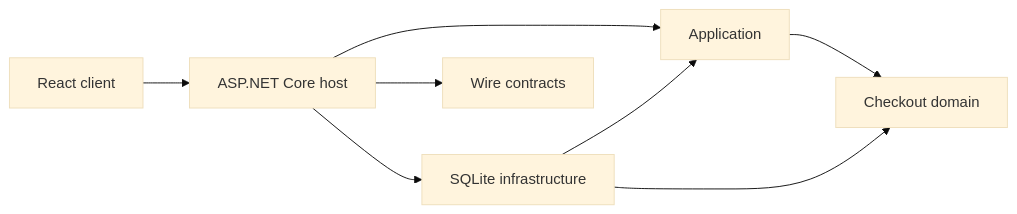
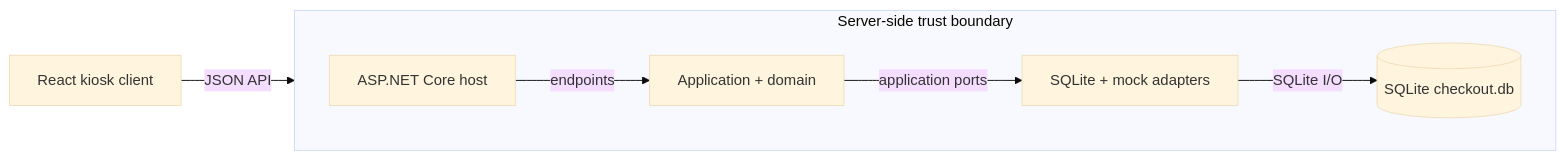
Before and after one commit to FirasAyari/self-service-checkout: the diagram in README.md, drawn with Mermaid (base theme). The commit also changed other lines of this file and 9 other files, not shown here.

````diff
--- a/README.md
+++ b/README.md
@@ -122,10 +126,15 @@
 ```mermaid
 flowchart LR
-  Browser[React client] --> Host[ASP.NET Core host]
-  Host --> App[Application]
-  Host --> Infra[SQLite infrastructure]
-  App --> Domain[Checkout domain]
-  Host --> Contracts[Wire contracts]
-  Infra --> App
-  Infra --> Domain
+  Kiosk[React kiosk client]
+  subgraph Server[Server-side trust boundary]
+    direction LR
+    Host[ASP.NET Core host]
+    Core[Application + domain]
+    Adapters[SQLite + mock adapters]
+    Database[(SQLite checkout.db)]
+    Host -->|endpoints| Core
+    Core -->|application ports| Adapters
+    Adapters -->|SQLite I/O| Database
+  end
+  Kiosk -->|JSON API| Host
 ```
````
